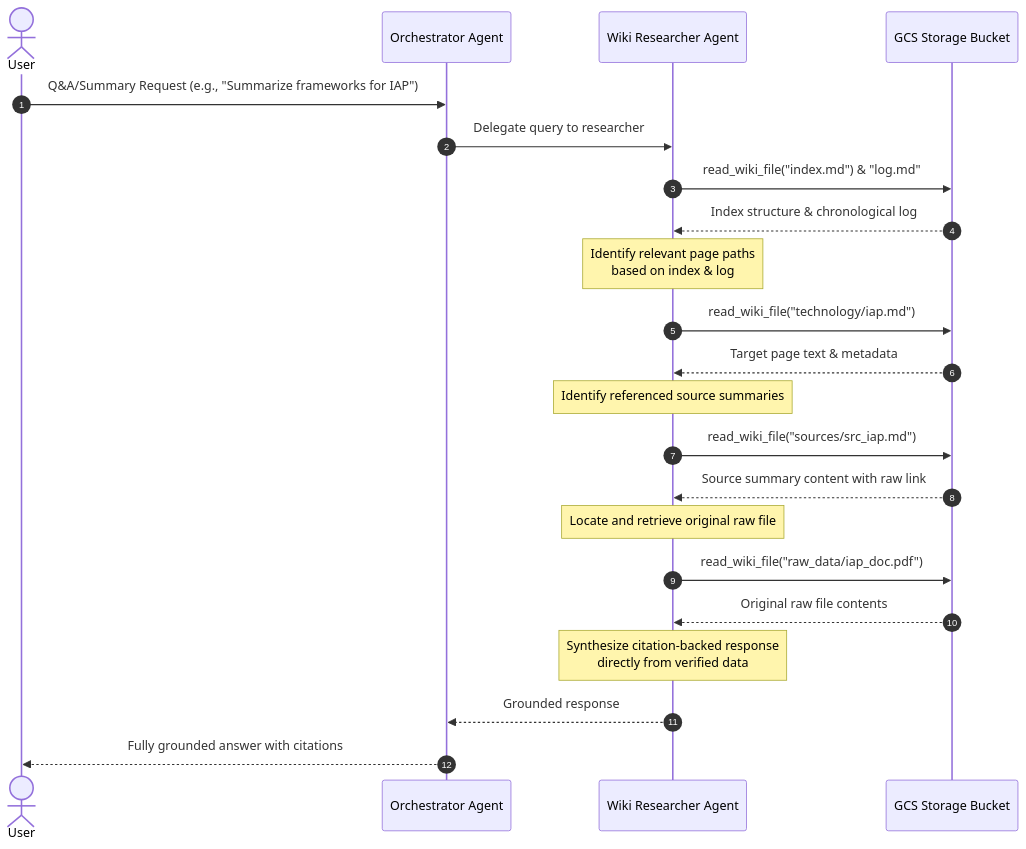
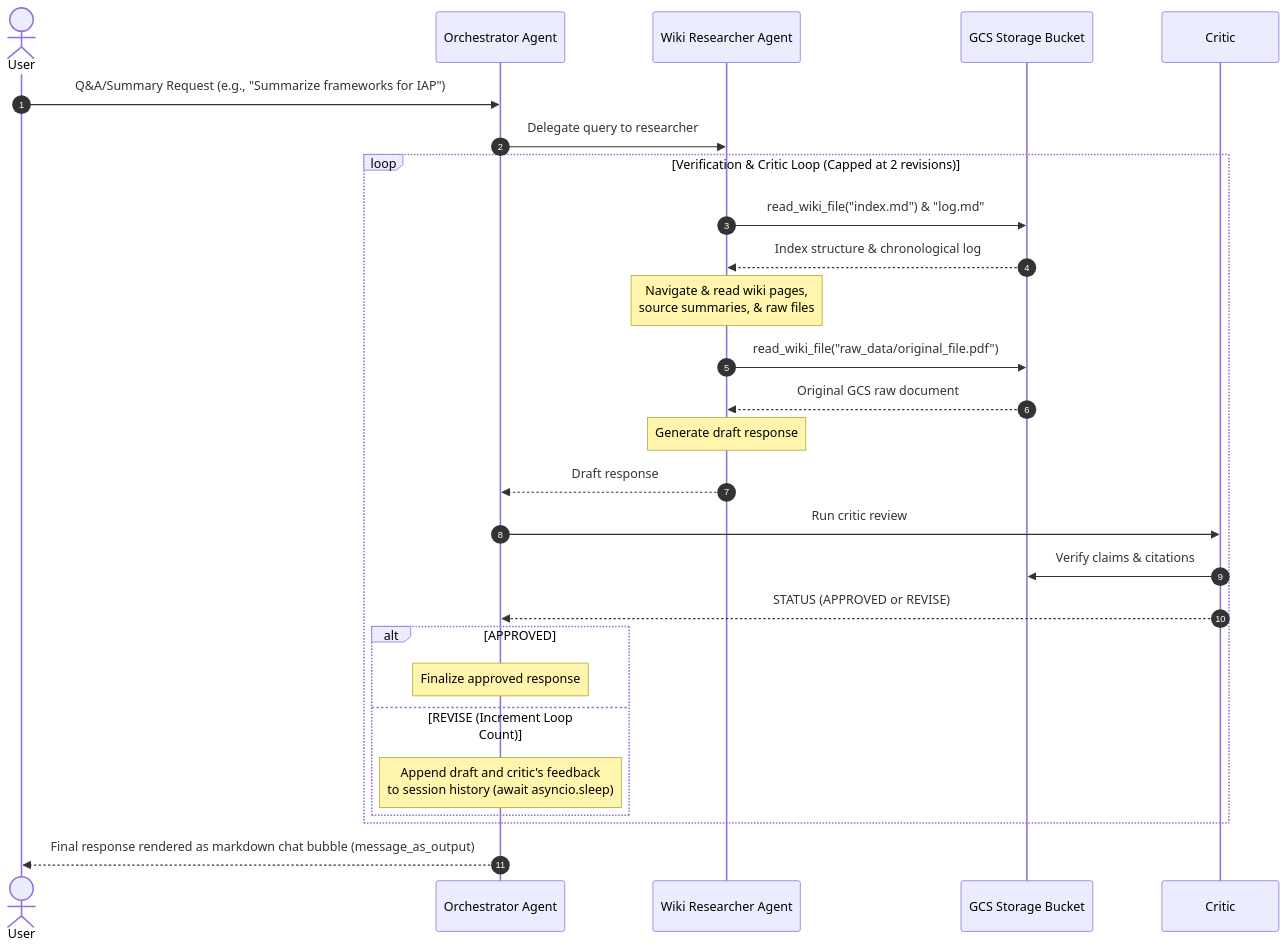
Before and after one commit to aagardezi/agentwiki-adk: the fourth of 4 diagrams in README.md, drawn with Mermaid. The commit also changed other lines of this file and 9 other files, not shown here.

First line of the commit message:
Implement dynamic skills system, response verification critic loop, and update documentation.

````diff
--- a/README.md
+++ b/README.md
@@ -155,25 +159,29 @@
 ```mermaid
 sequenceDiagram
     autonumber
     actor User
     participant Orchestrator as Orchestrator Agent
     participant Researcher as Wiki Researcher Agent
     participant GCS as GCS Storage Bucket
 
     User->>Orchestrator: Q&A/Summary Request (e.g., "Summarize frameworks for IAP")
     Orchestrator->>Researcher: Delegate query to researcher
-    Researcher->>GCS: read_wiki_file("index.md") & "log.md"
-    GCS-->>Researcher: Index structure & chronological log
-    Note over Researcher: Identify relevant page paths<br/>based on index & log
-    Researcher->>GCS: read_wiki_file("technology/iap.md")
-    GCS-->>Researcher: Target page text & metadata
-    Note over Researcher: Identify referenced source summaries
-    Researcher->>GCS: read_wiki_file("sources/src_iap.md")
-    GCS-->>Researcher: Source summary content with raw link
-    Note over Researcher: Locate and retrieve original raw file
-    Researcher->>GCS: read_wiki_file("raw_data/iap_doc.pdf")
-    GCS-->>Researcher: Original raw file contents
-    Note over Researcher: Synthesize citation-backed response<br/>directly from verified data
-    Researcher-->>Orchestrator: Grounded response
-    Orchestrator-->>User: Fully grounded answer with citations
+    loop Verification & Critic Loop (Capped at 2 revisions)
+        Researcher->>GCS: read_wiki_file("index.md") & "log.md"
+        GCS-->>Researcher: Index structure & chronological log
+        Note over Researcher: Navigate & read wiki pages,<br/>source summaries, & raw files
+        Researcher->>GCS: read_wiki_file("raw_data/original_file.pdf")
+        GCS-->>Researcher: Original GCS raw document
+        Note over Researcher: Generate draft response
+        Researcher-->>Orchestrator: Draft response
+        Orchestrator->>Critic: Run critic review
+        Critic->>GCS: Verify claims & citations
+        Critic-->>Orchestrator: STATUS (APPROVED or REVISE)
+        alt APPROVED
+            Note over Orchestrator: Finalize approved response
+        else REVISE (Increment Loop Count)
+            Note over Orchestrator: Append draft and critic's feedback<br/>to session history (await asyncio.sleep)
+        end
+    end
+    Orchestrator-->>User: Final response rendered as markdown chat bubble (message_as_output)
 ```
````
